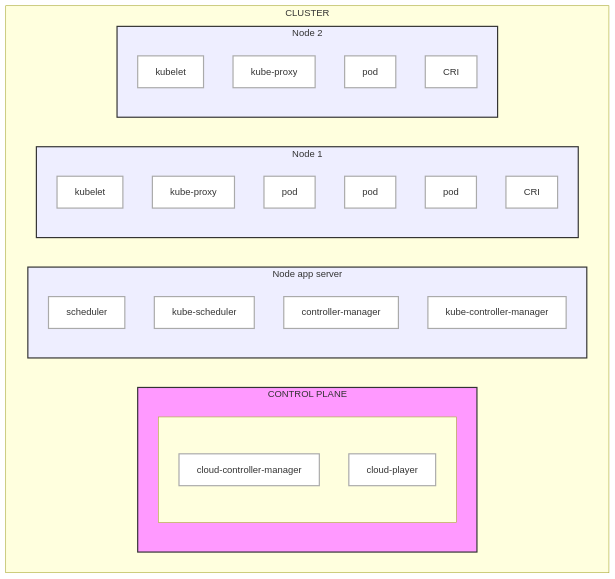
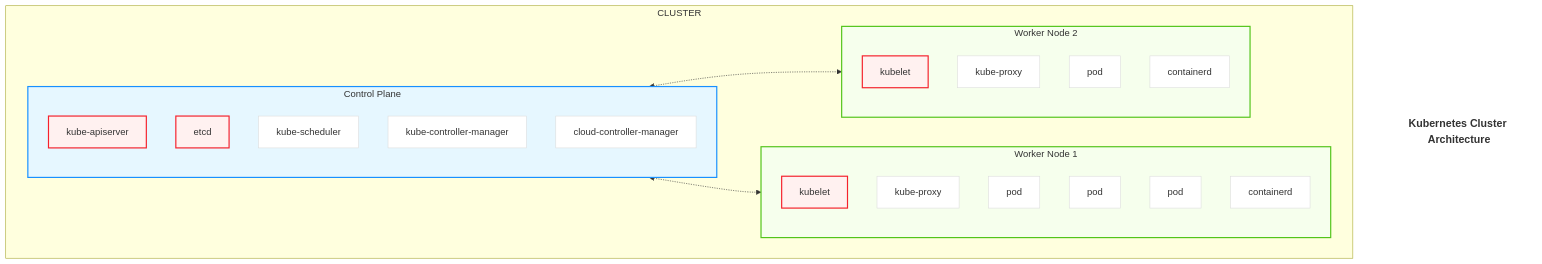
Before and after one commit to zaragholami/k8s-kubernetes: the first of 3 diagrams in README.md, drawn with Mermaid. The commit also changed other lines of this file, not shown here.

````diff
--- a/README.md
+++ b/README.md
@@ -47,42 +38,50 @@
 ```mermaid
 flowchart TB
+    title["Kubernetes Cluster Architecture"]:::title
+    
     subgraph CLUSTER["CLUSTER"]
-        subgraph CONTROL_PLANE["CONTROL PLANE"]
-            subgraph Cloud_Components[" "]
-                ccm[cloud-controller-manager]
-                cp[cloud-player]
-            end
+        subgraph CONTROL_PLANE["Control Plane"]
+            direction TB
+            api["kube-apiserver"]:::important
+            etcd["etcd"]:::important
+            sched["kube-scheduler"]
+            ctrl_mgr["kube-controller-manager"]
+            cloud_ctrl["cloud-controller-manager"]
         end
         
-        subgraph Node_app_server["Node app server"]
-            s[scheduler]
-            ks[kube-scheduler]
-            cm[controller-manager]
-            kcm[kube-controller-manager]
+        subgraph Worker1["Worker Node 1"]
+            direction TB
+            kubelet1["kubelet"]:::important
+            kproxy1["kube-proxy"]
+            pod1_1["pod"]
+            pod1_2["pod"]
+            pod1_3["pod"]
+            containerd1["containerd"]
         end
         
-        subgraph Node1["Node 1"]
-            k1[kubelet]
-            kp1[kube-proxy]
-            p1_1[pod]
-            p1_2[pod]
-            p1_3[pod]
-            cri1[CRI]
-        end
-        
-        subgraph Node2["Node 2"]
-            k2[kubelet]
-            kp2[kube-proxy]
-            p2_1[pod]
-            cri2[CRI]
+        subgraph Worker2["Worker Node 2"]
+            direction TB
+            kubelet2["kubelet"]:::important
+            kproxy2["kube-proxy"]
+            pod2_1["pod"]
+            containerd2["containerd"]
         end
     end
     
-    classDef controlPlane fill:#f9f,stroke:#333,stroke-width:2px;
-    classDef node fill:#eef,stroke:#333,stroke-width:2px;
-    classDef component fill:#fff,stroke:#aaa;
+    %% Connections
+    CONTROL_PLANE <-.-> Worker1
+    CONTROL_PLANE <-.-> Worker2
     
+    %% Styling
+    classDef title fill:transparent,stroke:transparent,font-size:18px,font-weight:bold
+    classDef controlPlane fill:#e6f7ff,stroke:#1890ff,stroke-width:2px;
+    classDef worker fill:#f6ffed,stroke:#52c41a,stroke-width:2px;
+    classDef important fill:#fff1f0,stroke:#f5222d,stroke-width:2px;
+    classDef component fill:#fff,stroke:#ddd;
+    
+    class title title;
     class CONTROL_PLANE controlPlane;
-    class Node1,Node2,Node_app_server node;
-    class ccm,cp,s,ks,cm,kcm,k1,kp1,p1_1,p1_2,p1_3,cri1,k2,kp2,p2_1,cri2 component;
+    class Worker1,Worker2 worker;
+    class api,etcd,kubelet1,kubelet2 important;
+    class sched,ctrl_mgr,cloud_ctrl,kproxy1,kproxy2,pod1_1,pod1_2,pod1_3,containerd1,pod2_1,containerd2 component;
 ```
````
